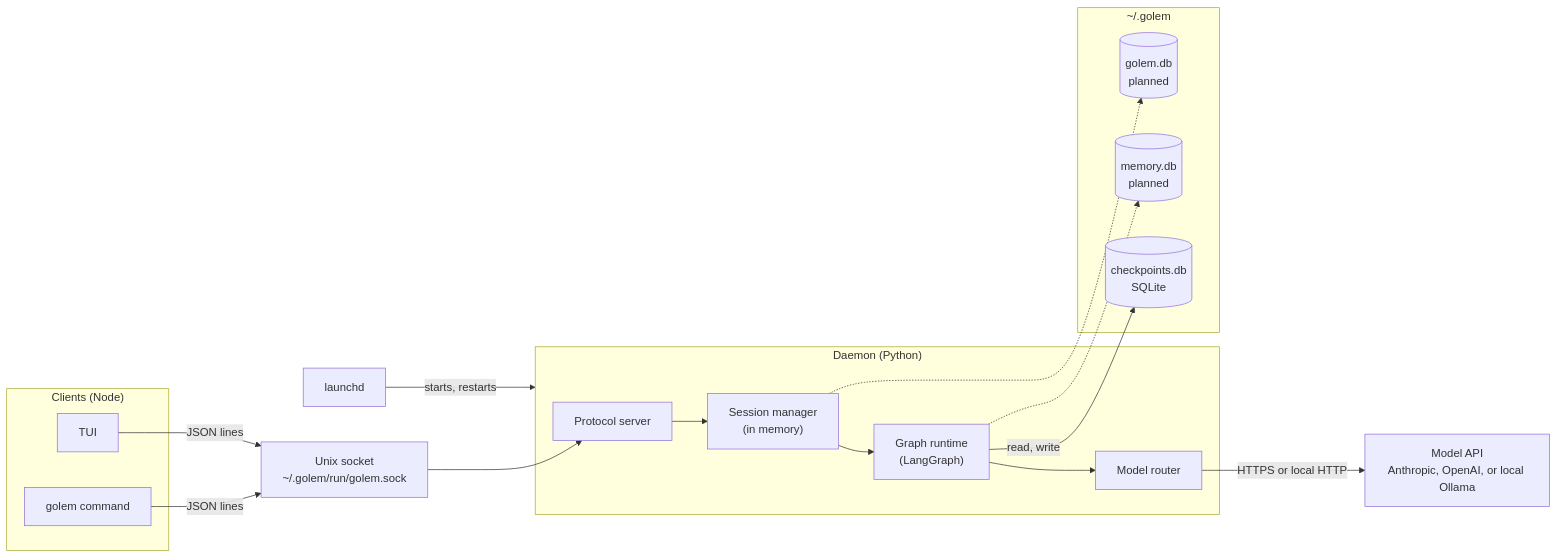
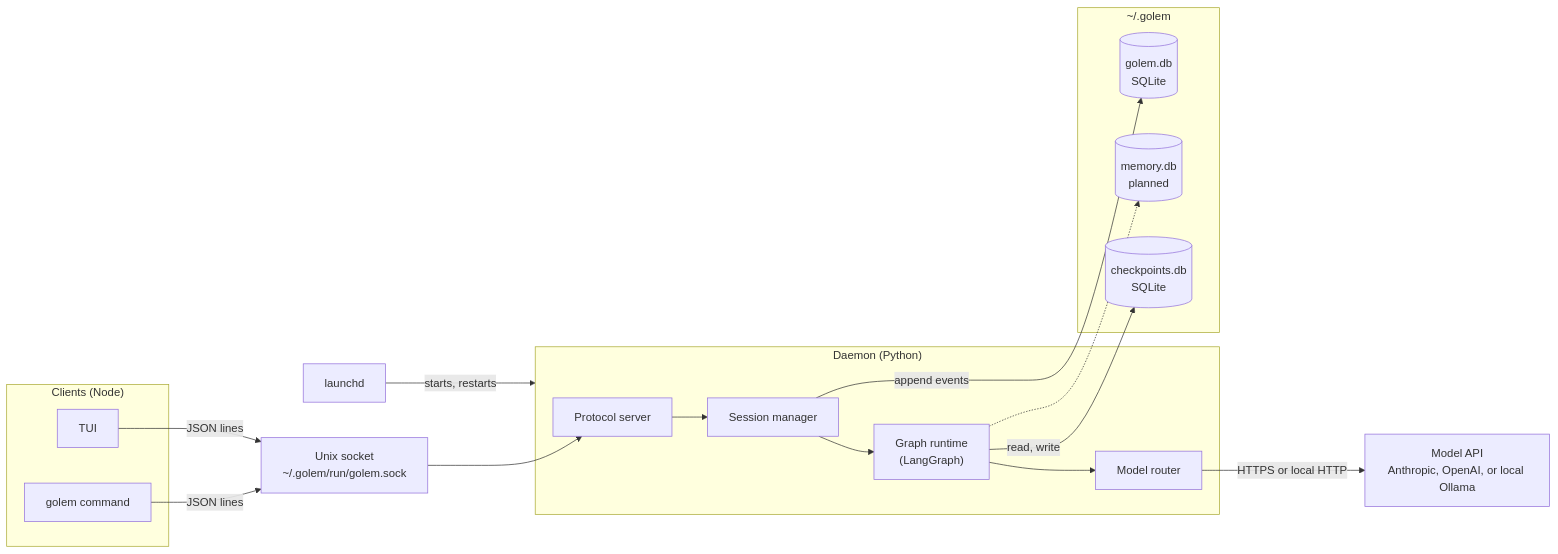
The first of 6 diagrams in docs/architecture.md (MilanPavel/golem), drawn with Mermaid before and after one commit. The commit also changed other lines of this file and 35 other files, not shown here.

Commit message:
Write every session event to golem.db, keep seq across restarts, and close runs a stopped daemon left open.

````diff
--- a/docs/architecture.md
+++ b/docs/architecture.md
@@ -39,32 +39,32 @@
 ```mermaid
 flowchart LR
   launchd["launchd"]
   subgraph clientProcs ["Clients (Node)"]
     tui["TUI"]
     cli["golem command"]
   end
   sock["Unix socket<br>~/.golem/run/golem.sock"]
   subgraph daemonProc ["Daemon (Python)"]
     server["Protocol server"]
-    sessions["Session manager<br>(in memory)"]
+    sessions["Session manager"]
     runtime["Graph runtime<br>(LangGraph)"]
     router["Model router"]
   end
   subgraph disk ["~/.golem"]
     ckpt[("checkpoints.db<br>SQLite")]
-    golemdb[("golem.db<br>planned")]
+    golemdb[("golem.db<br>SQLite")]
     memdb[("memory.db<br>planned")]
   end
   model["Model API<br>Anthropic, OpenAI, or local Ollama"]
   launchd -->|"starts, restarts"| daemonProc
   tui -->|"JSON lines"| sock
   cli -->|"JSON lines"| sock
   sock --> server
   server --> sessions
   sessions --> runtime
   runtime --> router
   runtime -->|"read, write"| ckpt
   router -->|"HTTPS or local HTTP"| model
-  sessions -.-> golemdb
+  sessions -->|"append events"| golemdb
   runtime -.-> memdb
 ```
````
